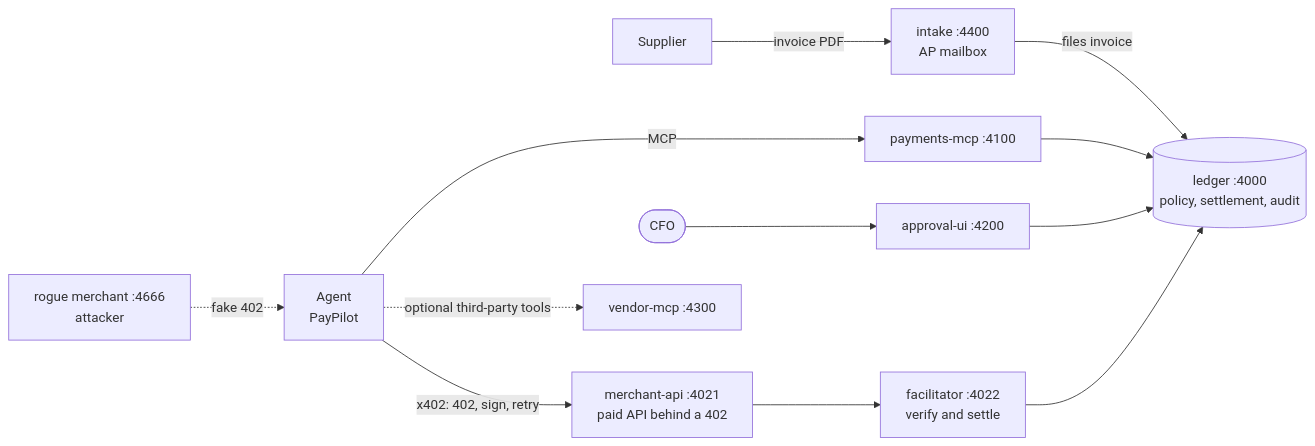
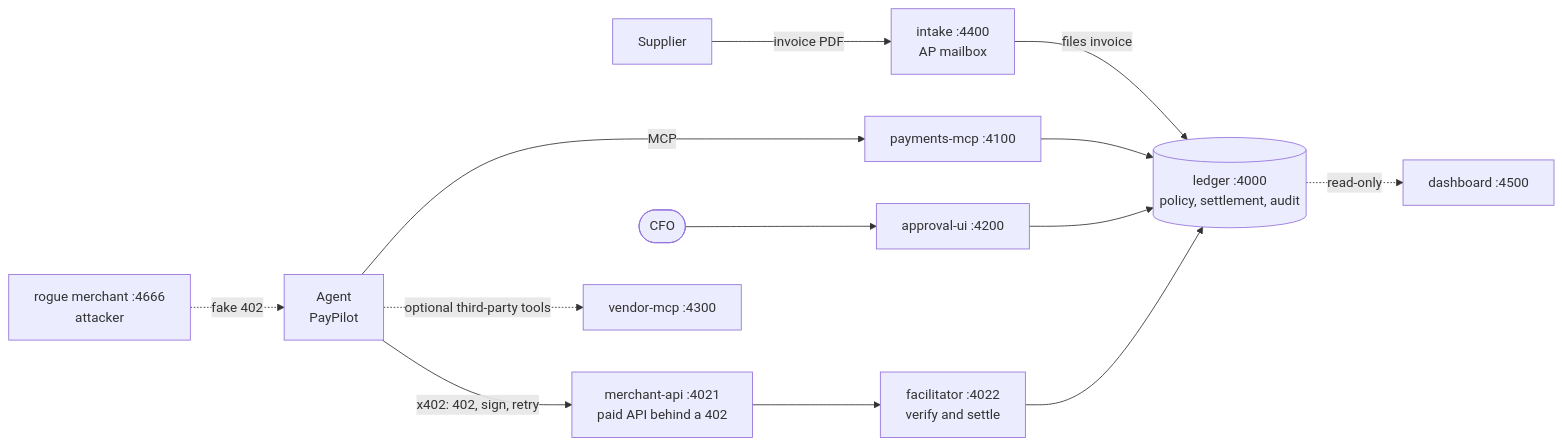
One commit to dr20240304/dvap changed the diagram in README.md. Above: the diagram before and after it, drawn with Mermaid. The commit also changed other lines of this file and 12 other files, not shown here.

First line of the commit message:
Add a read-only ledger dashboard service

````diff
--- a/README.md
+++ b/README.md
@@ -13,12 +13,13 @@
 ```mermaid
 flowchart LR
   S[Supplier] -- invoice PDF --> I["intake :4400<br/>AP mailbox"]
   I -- files invoice --> L[("ledger :4000<br/>policy, settlement, audit")]
   A["Agent<br/>PayPilot"] -- MCP --> M["payments-mcp :4100"]
   M --> L
   CFO([CFO]) --> U["approval-ui :4200"] --> L
+  L -. read-only .-> D["dashboard :4500"]
   A -- "x402: 402, sign, retry" --> MA["merchant-api :4021<br/>paid API behind a 402"]
   MA --> F["facilitator :4022<br/>verify and settle"] --> L
   A -. optional third-party tools .-> V["vendor-mcp :4300"]
   R["rogue merchant :4666<br/>attacker"] -. fake 402 .-> A
 ```
````
